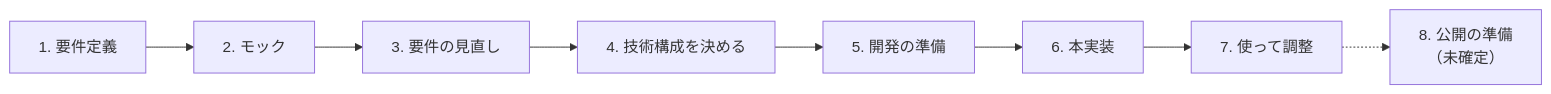
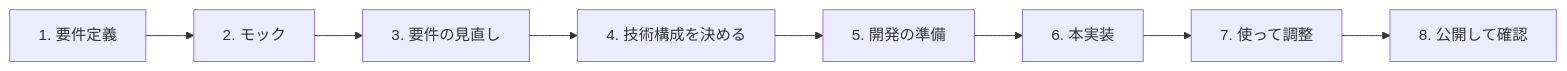
The diagram in docs/implementation-plan.md (ojas3751/book-tracker), drawn with Mermaid before and after one commit. The commit also changed other lines of this file and 1 other file, not shown here.

````diff
--- a/docs/implementation-plan.md
+++ b/docs/implementation-plan.md
@@ -14,10 +14,10 @@
 ```mermaid
 flowchart LR
   A[1. 要件定義] --> B[2. モック]
   B --> C[3. 要件の見直し]
   C --> D[4. 技術構成を決める]
   D --> E[5. 開発の準備]
   E --> F[6. 本実装]
   F --> G[7. 使って調整]
-  G -.-> H[8. 公開の準備<br>（未確定）]
+  G --> H[8. 公開して確認]
 ```
````
